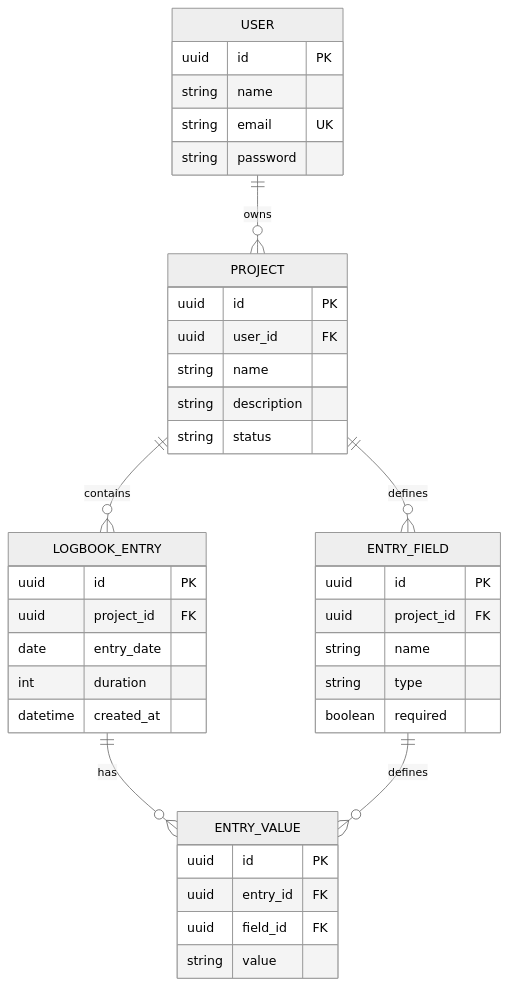
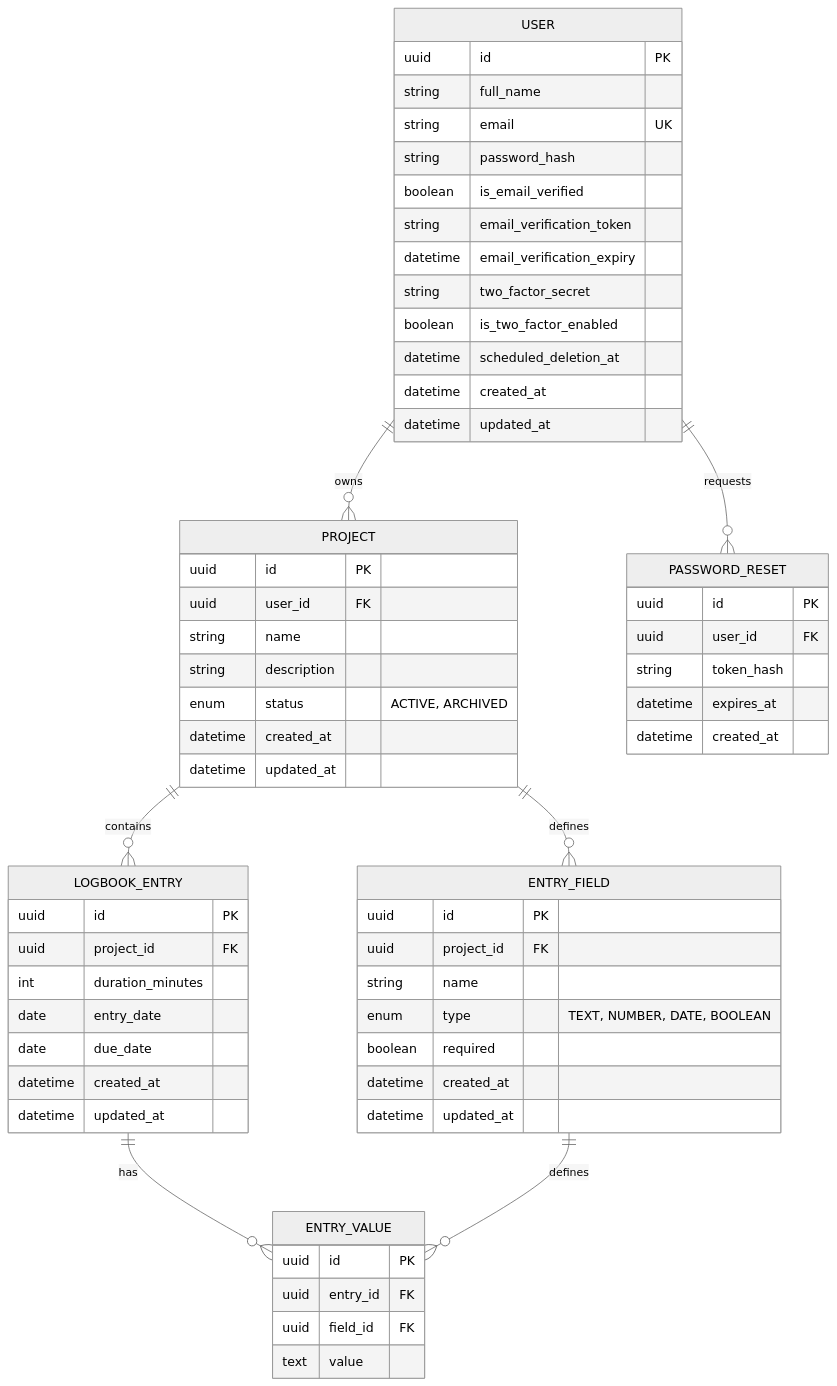
Before and after one commit to DiMpho-20/coms3011a-logbook-digital-logbook: the diagram in docs/design/database-erd.md, drawn with Mermaid (neutral theme). The commit also changed other lines of this file, not shown here.

Commit message:
docs: update database ERD with all schema fields, constraints, and PasswordReset model

````diff
--- a/docs/design/database-erd.md
+++ b/docs/design/database-erd.md
@@ -8,46 +8,69 @@
 ```mermaid
 erDiagram
     USER ||--o{ PROJECT : owns
+    USER ||--o{ PASSWORD_RESET : requests
     PROJECT ||--o{ ENTRY_FIELD : defines
     PROJECT ||--o{ LOGBOOK_ENTRY : contains
     LOGBOOK_ENTRY ||--o{ ENTRY_VALUE : has
     ENTRY_FIELD ||--o{ ENTRY_VALUE : defines
 
     USER {
         uuid id PK
-        string name
+        string full_name
         string email UK
-        string password
+        string password_hash
+        boolean is_email_verified
+        string email_verification_token
+        datetime email_verification_expiry
+        string two_factor_secret
+        boolean is_two_factor_enabled
+        datetime scheduled_deletion_at
+        datetime created_at
+        datetime updated_at
+    }
+
+    PASSWORD_RESET {
+        uuid id PK
+        uuid user_id FK
+        string token_hash
+        datetime expires_at
+        datetime created_at
     }
 
     PROJECT {
         uuid id PK
         uuid user_id FK
         string name
         string description
-        string status
+        enum status "ACTIVE, ARCHIVED"
+        datetime created_at
+        datetime updated_at
     }
 
     ENTRY_FIELD {
         uuid id PK
         uuid project_id FK
         string name
-        string type
+        enum type "TEXT, NUMBER, DATE, BOOLEAN"
         boolean required
+        datetime created_at
+        datetime updated_at
     }
 
     LOGBOOK_ENTRY {
         uuid id PK
         uuid project_id FK
+        int duration_minutes
         date entry_date
-        int duration
+        date due_date
         datetime created_at
+        datetime updated_at
     }
 
     ENTRY_VALUE {
         uuid id PK
         uuid entry_id FK
         uuid field_id FK
-        string value
+        text value
     }
 ```
````
